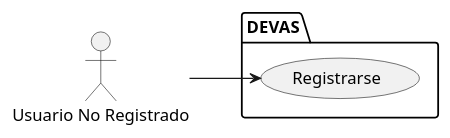
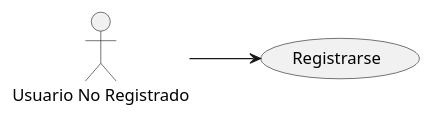
Before and after one commit to mmasias/24-25-IdSw1-SDR: the diagram in Documentos/CasosUso/CdU_UsuarioNoRegistrado.puml, drawn with PlantUML.

```diff
--- a/Documentos/CasosUso/CdU_UsuarioNoRegistrado.puml
+++ b/Documentos/CasosUso/CdU_UsuarioNoRegistrado.puml
@@ -1,10 +1,10 @@
 @startuml
 left to right direction
 
 actor "Usuario No Registrado" as UsuarioNoRegistrado
 
-package DEVAS{
-usecase "Registrarse" as UC_Registrarse
-UsuarioNoRegistrado --> UC_Registrarse
-}
+
+usecase "Registrarse" as Registrarse
+UsuarioNoRegistrado --> Registrarse
+
 @enduml
```
